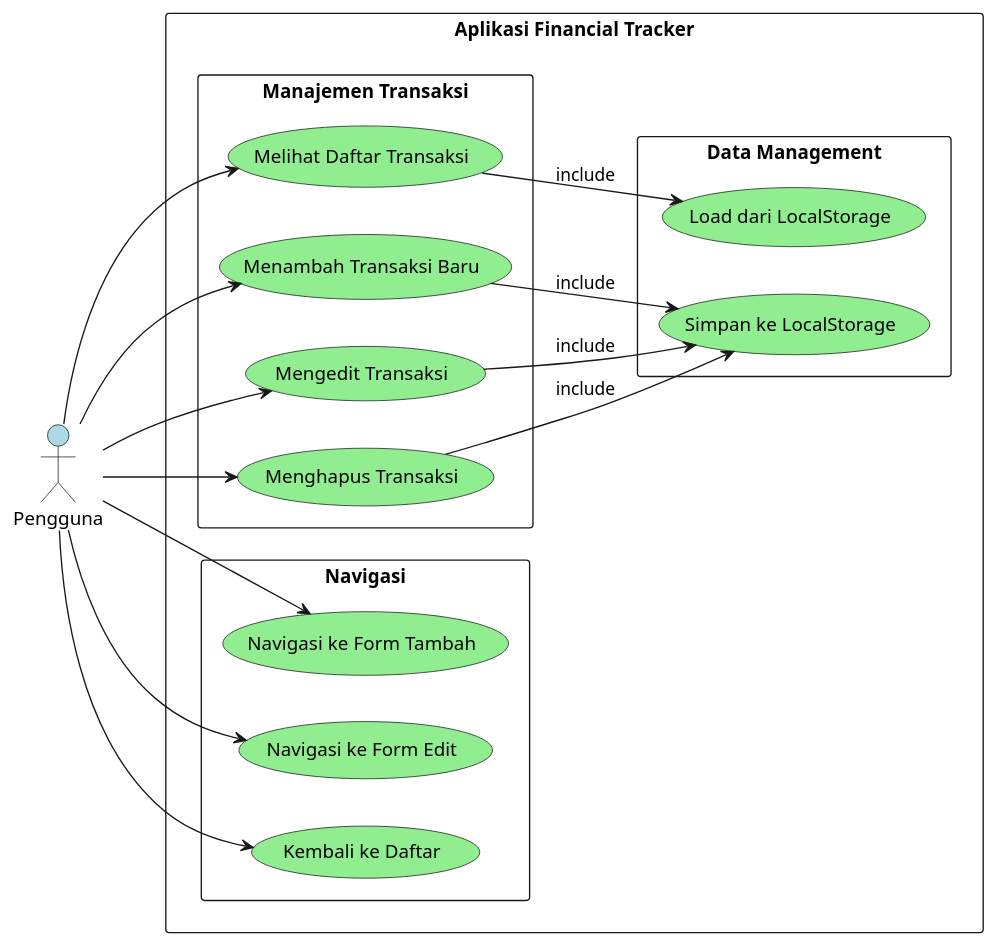
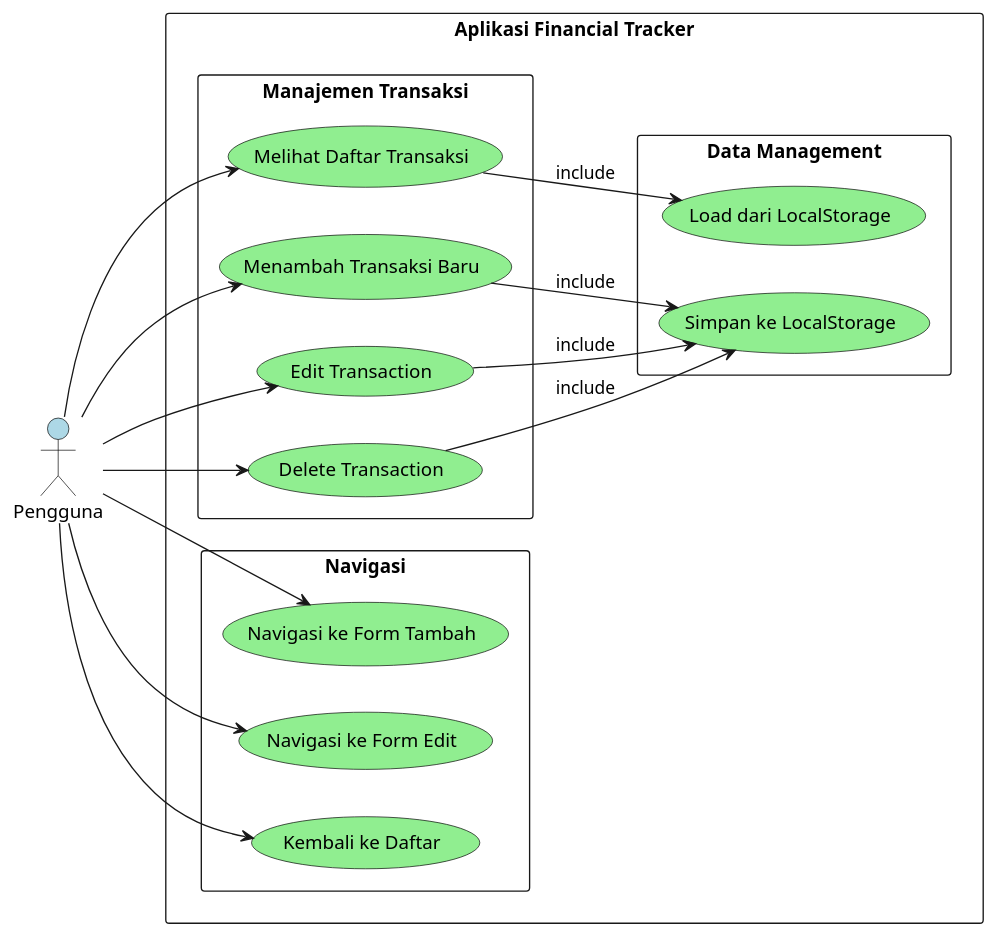
Before and after one commit to MarchianTz/test_subj: the tenth of 16 diagrams in README.md, drawn with PlantUML. The commit also changed other lines of this file, not shown here.

````diff
--- a/README.md
+++ b/README.md
@@ -1215,49 +1968,49 @@
 ```plantuml
 @startuml Use Case Diagram - Financial Tracker
 left to right direction
 skinparam actor {
     BackgroundColor #LightBlue
     BorderColor #000000
 }
 
 skinparam usecase {
     BackgroundColor #LightGreen
     BorderColor #000000
 }
 
 actor "Pengguna" as user
 
 rectangle "Aplikasi Financial Tracker" as system {
     rectangle "Manajemen Transaksi" as transaction {
         usecase "Melihat Daftar Transaksi" as view_list
         usecase "Menambah Transaksi Baru" as add_transaction
-        usecase "Mengedit Transaksi" as edit_transaction
-        usecase "Menghapus Transaksi" as delete_transaction
+        usecase "Edit Transaction" as edit_transaction
+        usecase "Delete Transaction" as delete_transaction
     }
     
     rectangle "Navigasi" as navigation {
         usecase "Navigasi ke Form Tambah" as nav_add
         usecase "Navigasi ke Form Edit" as nav_edit
         usecase "Kembali ke Daftar" as nav_back
     }
     
     rectangle "Data Management" as data {
         usecase "Simpan ke LocalStorage" as save_data
         usecase "Load dari LocalStorage" as load_data
     }
 }
 
 user --> view_list
 user --> add_transaction
 user --> edit_transaction
 user --> delete_transaction
 user --> nav_add
 user --> nav_edit
 user --> nav_back
 
 view_list --> load_data : include
 add_transaction --> save_data : include
 edit_transaction --> save_data : include
 delete_transaction --> save_data : include
 @enduml
 ```
````
